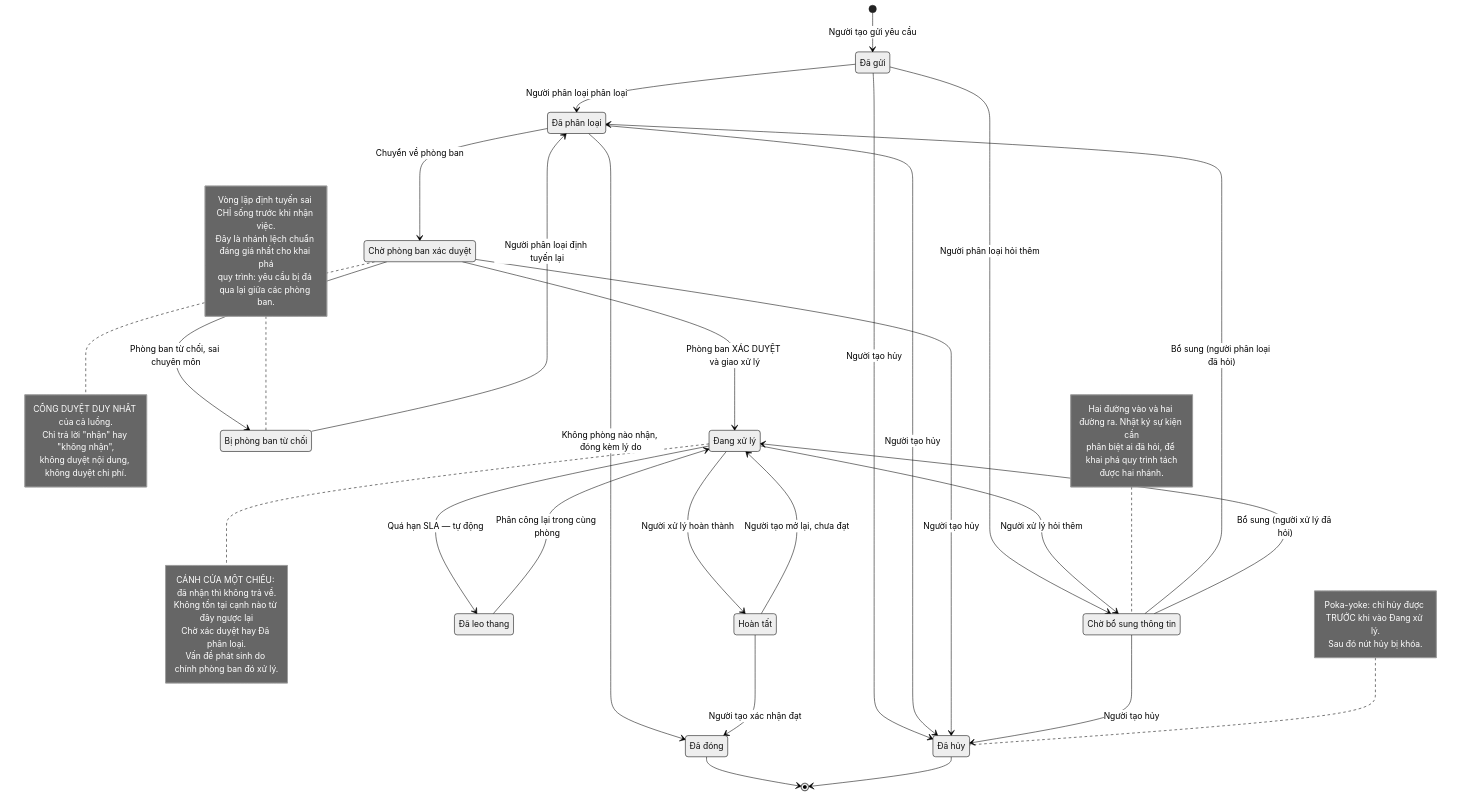
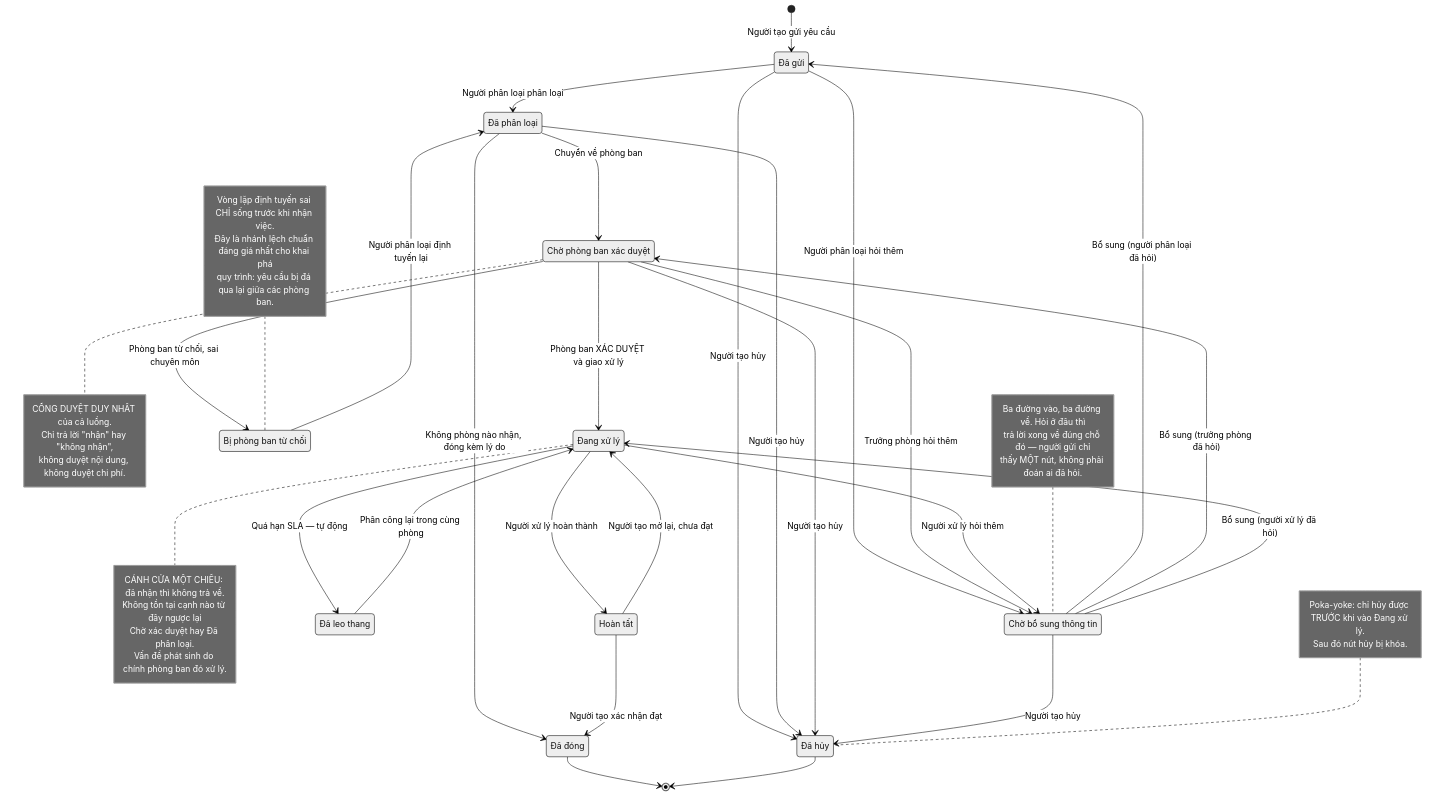
Before and after one commit to AlaVox-lab/corelens: the diagram in docs/process-flow.md, drawn with Mermaid (neutral theme). The commit also changed other lines of this file and 18 other files, not shown here.

First line of the commit message:
feat(p-workflow): bổ sung thông tin quay về đúng chỗ đã hỏi (#113)

````diff
--- a/docs/process-flow.md
+++ b/docs/process-flow.md
@@ -16,77 +16,79 @@
 ```mermaid
 stateDiagram-v2
     direction TB
 
     [*] --> DaGui: Người tạo gửi yêu cầu
 
     DaGui: Đã gửi
     DaPhanLoai: Đã phân loại
     ChoXacDuyet: Chờ phòng ban xác duyệt
     DangXuLy: Đang xử lý
     HoanTat: Hoàn tất
     Dong: Đã đóng
     ChoBoSung: Chờ bổ sung thông tin
     BiTuChoi: Bị phòng ban từ chối
     LeoThang: Đã leo thang
     Huy: Đã hủy
 
     DaGui --> DaPhanLoai: Người phân loại phân loại
     DaGui --> ChoBoSung: Người phân loại hỏi thêm
     DaGui --> Huy: Người tạo hủy
 
     DaPhanLoai --> ChoXacDuyet: Chuyển về phòng ban
     DaPhanLoai --> Huy: Người tạo hủy
     DaPhanLoai --> Dong: Không phòng nào nhận, đóng kèm lý do
 
     ChoXacDuyet --> DangXuLy: Phòng ban XÁC DUYỆT và giao xử lý
+    ChoXacDuyet --> ChoBoSung: Trưởng phòng hỏi thêm
     ChoXacDuyet --> BiTuChoi: Phòng ban từ chối, sai chuyên môn
     ChoXacDuyet --> Huy: Người tạo hủy
 
     BiTuChoi --> DaPhanLoai: Người phân loại định tuyến lại
 
     DangXuLy --> ChoBoSung: Người xử lý hỏi thêm
     DangXuLy --> LeoThang: Quá hạn SLA — tự động
     DangXuLy --> HoanTat: Người xử lý hoàn thành
 
     LeoThang --> DangXuLy: Phân công lại trong cùng phòng
 
-    ChoBoSung --> DaPhanLoai: Bổ sung (người phân loại đã hỏi)
+    ChoBoSung --> DaGui: Bổ sung (người phân loại đã hỏi)
+    ChoBoSung --> ChoXacDuyet: Bổ sung (trưởng phòng đã hỏi)
     ChoBoSung --> DangXuLy: Bổ sung (người xử lý đã hỏi)
     ChoBoSung --> Huy: Người tạo hủy
 
     HoanTat --> Dong: Người tạo xác nhận đạt
     HoanTat --> DangXuLy: Người tạo mở lại, chưa đạt
 
     Dong --> [*]
     Huy --> [*]
 
     note right of ChoXacDuyet
         CỔNG DUYỆT DUY NHẤT của cả luồng.
         Chỉ trả lời "nhận" hay "không nhận",
         không duyệt nội dung, không duyệt chi phí.
     end note
 
     note right of DangXuLy
         CÁNH CỬA MỘT CHIỀU: đã nhận thì không trả về.
         Không tồn tại cạnh nào từ đây ngược lại
         Chờ xác duyệt hay Đã phân loại.
         Vấn đề phát sinh do chính phòng ban đó xử lý.
     end note
 
     note left of BiTuChoi
         Vòng lặp định tuyến sai CHỈ sống trước khi nhận việc.
         Đây là nhánh lệch chuẩn đáng giá nhất cho khai phá
         quy trình: yêu cầu bị đá qua lại giữa các phòng ban.
     end note
 
     note left of Huy
         Poka-yoke: chỉ hủy được TRƯỚC khi vào Đang xử lý.
         Sau đó nút hủy bị khóa.
     end note
 
     note left of ChoBoSung
-        Hai đường vào và hai đường ra. Nhật ký sự kiện cần
-        phân biệt ai đã hỏi, để khai phá quy trình tách
-        được hai nhánh.
+        Ba đường vào, ba đường về. Hỏi ở đâu thì
+        trả lời xong về đúng chỗ đó — người gửi chỉ
+        thấy MỘT nút, không phải đoán ai đã hỏi.
     end note
 ```
````
